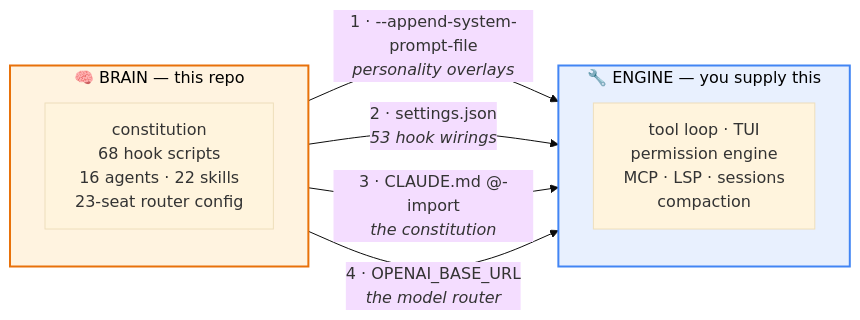
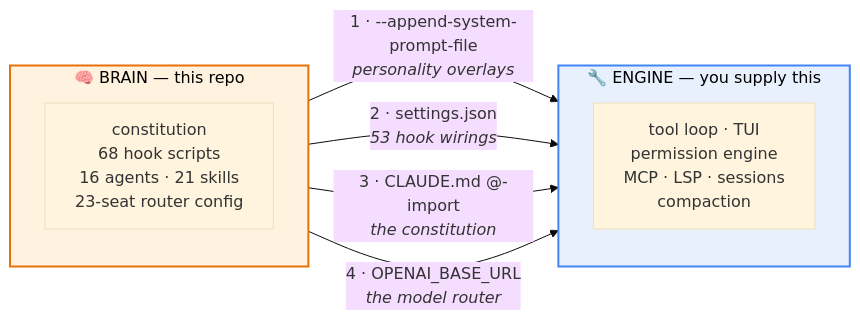
Before and after one commit to robsevo/serge-brain: the first of 5 diagrams in README.md, drawn with Mermaid (base theme). The commit also changed other lines of this file, not shown here.

First line of the commit message:
docs: serge-engine gained MCP, resume, and skills/command loading

````diff
--- a/README.md
+++ b/README.md
@@ -72,20 +72,20 @@
 ```mermaid
 flowchart LR
     subgraph ENGINE["🔧 ENGINE — you supply this"]
         direction TB
         E1["tool loop · TUI<br/>permission engine<br/>MCP · LSP · sessions<br/>compaction"]
     end
 
     subgraph BRAIN["🧠 BRAIN — this repo"]
         direction TB
-        B1["constitution<br/>68 hook scripts<br/>16 agents · 22 skills<br/>23-seat router config"]
+        B1["constitution<br/>68 hook scripts<br/>16 agents · 21 skills<br/>23-seat router config"]
     end
 
     BRAIN -->|"1 · --append-system-prompt-file<br/><i>personality overlays</i>"| ENGINE
     BRAIN -->|"2 · settings.json<br/><i>53 hook wirings</i>"| ENGINE
     BRAIN -->|"3 · CLAUDE.md @-import<br/><i>the constitution</i>"| ENGINE
     BRAIN -->|"4 · OPENAI_BASE_URL<br/><i>the model router</i>"| ENGINE
 
     style ENGINE fill:#e8f0fe,stroke:#4285f4,stroke-width:2px,color:#000
     style BRAIN fill:#fff3e0,stroke:#e8710a,stroke-width:2px,color:#000
 ```
````
